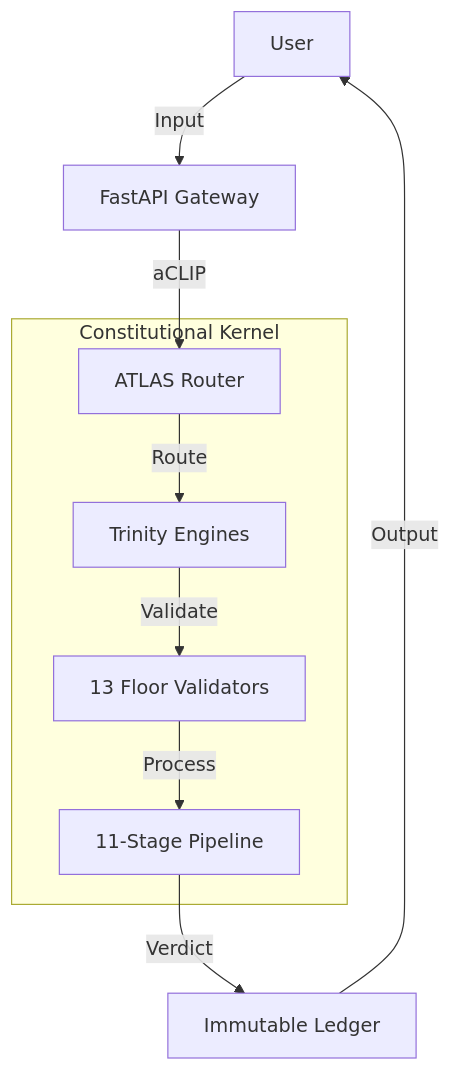
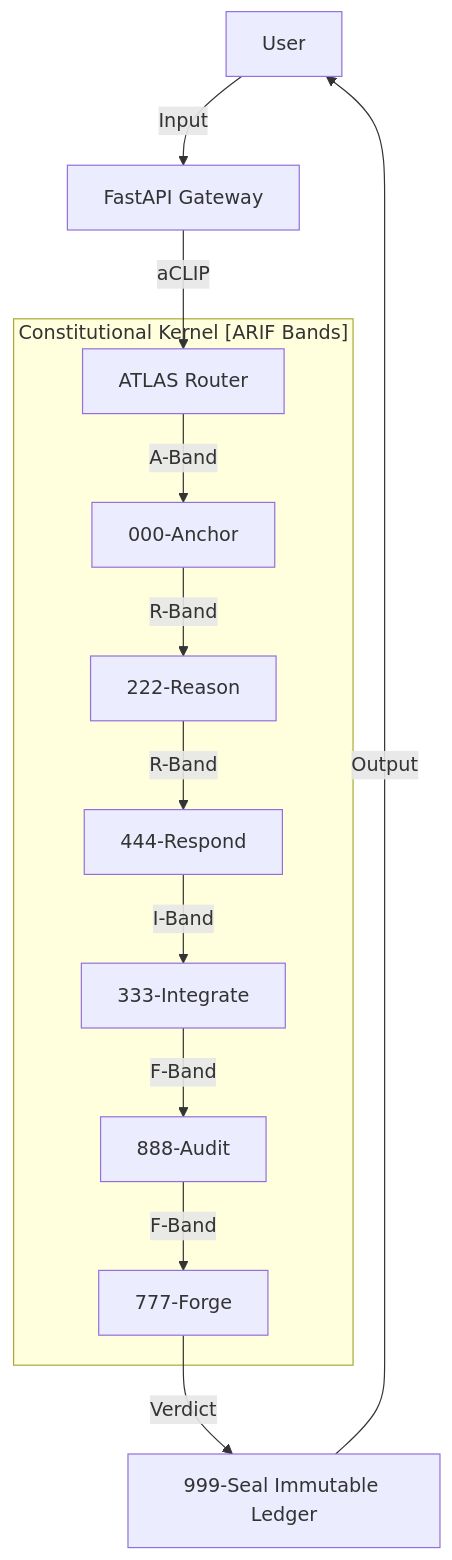
One commit to ariffazil/arifos changed the diagram in 000_THEORY/000_ARCHITECTURE.md. Above: the diagram before and after it, drawn with Mermaid. The commit also changed other lines of this file and 53 other files, not shown here.

````diff
--- a/000_THEORY/000_ARCHITECTURE.md
+++ b/000_THEORY/000_ARCHITECTURE.md
@@ -33,14 +33,17 @@
 ```mermaid
 graph TD
     User -->|Input| API[FastAPI Gateway]
     API -->|aCLIP| ROUTER[ATLAS Router]
     
-    subgraph "Constitutional Kernel"
-        ROUTER -->|Route| TRINITY[Trinity Engines]
-        TRINITY -->|Validate| FLOORS[13 Floor Validators]
-        FLOORS -->|Process| PIPELINE[11-Stage Pipeline]
+    subgraph "Constitutional Kernel [ARIF Bands]"
+        ROUTER -->|A-Band| ANCHOR[000-Anchor]
+        ANCHOR -->|R-Band| REASON[222-Reason]
+        REASON -->|R-Band| RESPOND[444-Respond]
+        RESPOND -->|I-Band| INTEGRATE[333-Integrate]
+        INTEGRATE -->|F-Band| AUDIT[888-Audit]
+        AUDIT -->|F-Band| FORGE[777-Forge]
     end
     
-    PIPELINE -->|Verdict| VAULT[Immutable Ledger]
+    FORGE -->|Verdict| VAULT[999-Seal Immutable Ledger]
     VAULT -->|Output| User
 ```
````
